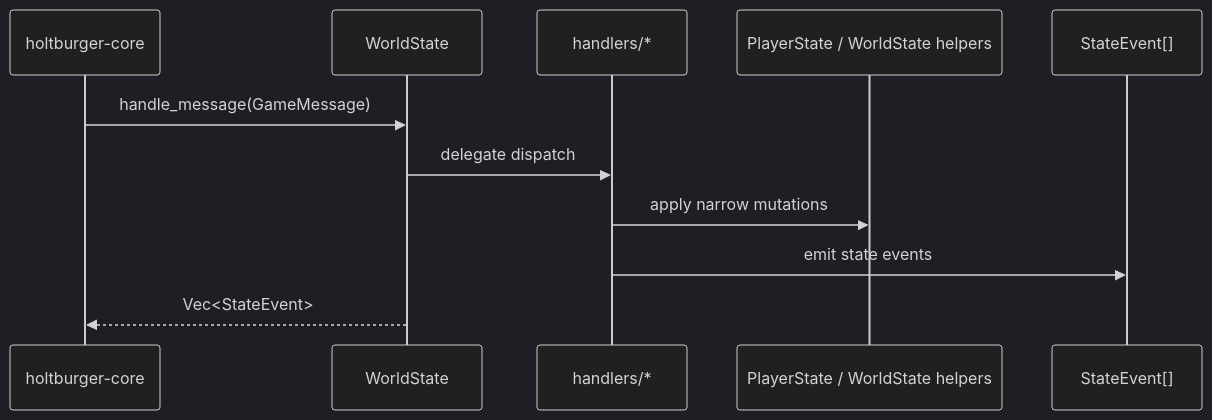
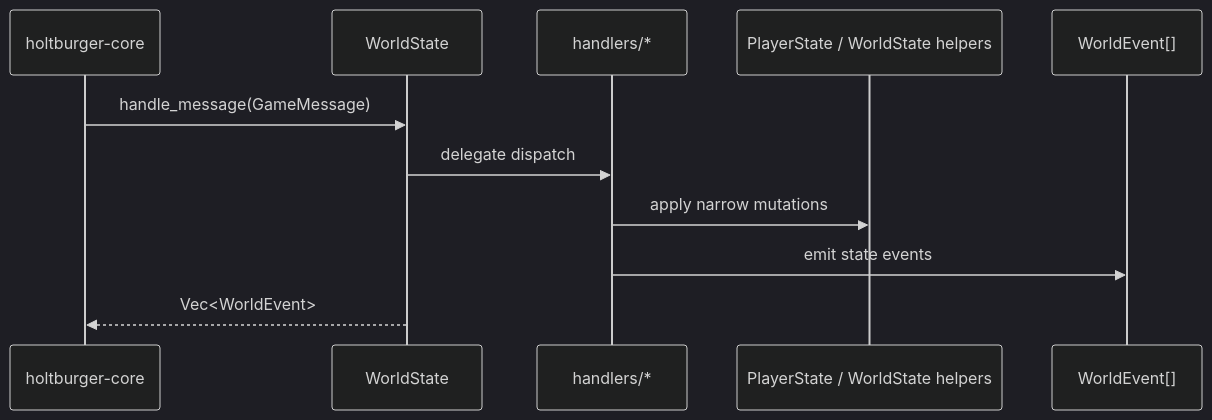
Before and after one commit to merklejerk/holtburger: the diagram in crates/holtburger-world/ARCHITECTURE.md, drawn with Mermaid (dark theme). The commit also changed other lines of this file and 28 other files, not shown here.

Commit message:
refactor StateEvent -> WorldEvent with expanded meaning to reduce awkwardness between core and world crates

````diff
--- a/crates/holtburger-world/ARCHITECTURE.md
+++ b/crates/holtburger-world/ARCHITECTURE.md
@@ -115,14 +115,14 @@
 ```mermaid
 sequenceDiagram
         participant Core as holtburger-core
         participant World as WorldState
         participant Handlers as handlers/*
         participant Models as PlayerState / WorldState helpers
-        participant Events as StateEvent[]
+        participant Events as WorldEvent[]
 
         Core->>World: handle_message(GameMessage)
         World->>Handlers: delegate dispatch
         Handlers->>Models: apply narrow mutations
         Handlers->>Events: emit state events
-        World-->>Core: Vec<StateEvent>
+        World-->>Core: Vec<WorldEvent>
 ```
````
